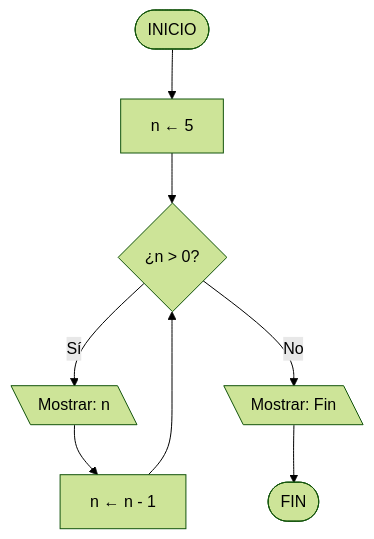
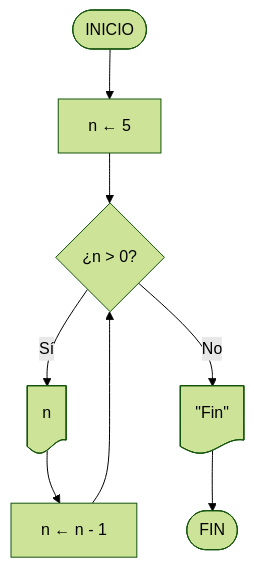
The third of 5 diagrams in docs/core/introduction/coding.md (BenjaminSerrano/principios-programacion), drawn with Mermaid (forest theme) before and after one commit. The commit also changed other lines of this file and 1 other file, not shown here.

First line of the commit message:
Corregir diagramas de flujo: símbolos y operadores

````diff
--- a/docs/core/introduction/coding.md
+++ b/docs/core/introduction/coding.md
@@ -274,10 +274,10 @@
     ``` mermaid
     flowchart TD
         A([INICIO]) --> B["n ← 5"]
         B --> C{"¿n > 0?"}
-        C -->|Sí| D[\"Mostrar: n"\]
+        C -->|Sí| D@{ shape: doc, label: "n" }
         D --> E["n ← n - 1"]
         E --> C
-        C -->|No| F[\"Mostrar: Fin"\]
+        C -->|No| F@{ shape: doc, label: "\"Fin\"" }
         F --> G([FIN])
     ```
````
